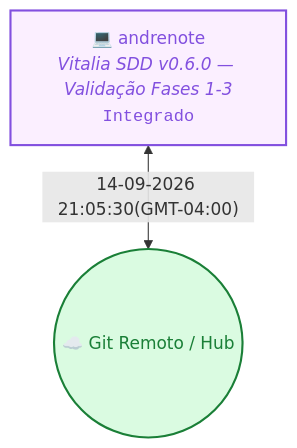
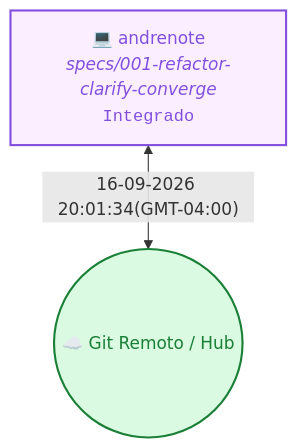
Before and after one commit to vitalia-platform/vitalia-sdd-context: the diagram in README.md, drawn with Mermaid. The commit also changed other lines of this file and 11 other files, not shown here.

````diff
--- a/README.md
+++ b/README.md
@@ -20,8 +20,8 @@
 ```mermaid
 flowchart TD
   Cloud(("☁️ Git Remoto / Hub"))
-  M_7f367bd3["💻 andrenote<br/><i>Vitalia SDD v0.6.0 — Validação Fases 1-3</i><br/><code>Integrado</code>"]
-  M_7f367bd3 <-->|"14-09-2026 21:05:30(GMT-04:00)"| Cloud
+  M_7f367bd3["💻 andrenote<br/><i>specs/001-refactor-clarify-converge</i><br/><code>Integrado</code>"]
+  M_7f367bd3 <-->|"16-09-2026 20:01:34(GMT-04:00)"| Cloud
   style M_7f367bd3 stroke:#8250df,stroke-width:2px,fill:#fbefff,color:#8250df
   style Cloud stroke:#1a7f37,stroke-width:2px,fill:#dafbe1,color:#1a7f37
 ```
````
